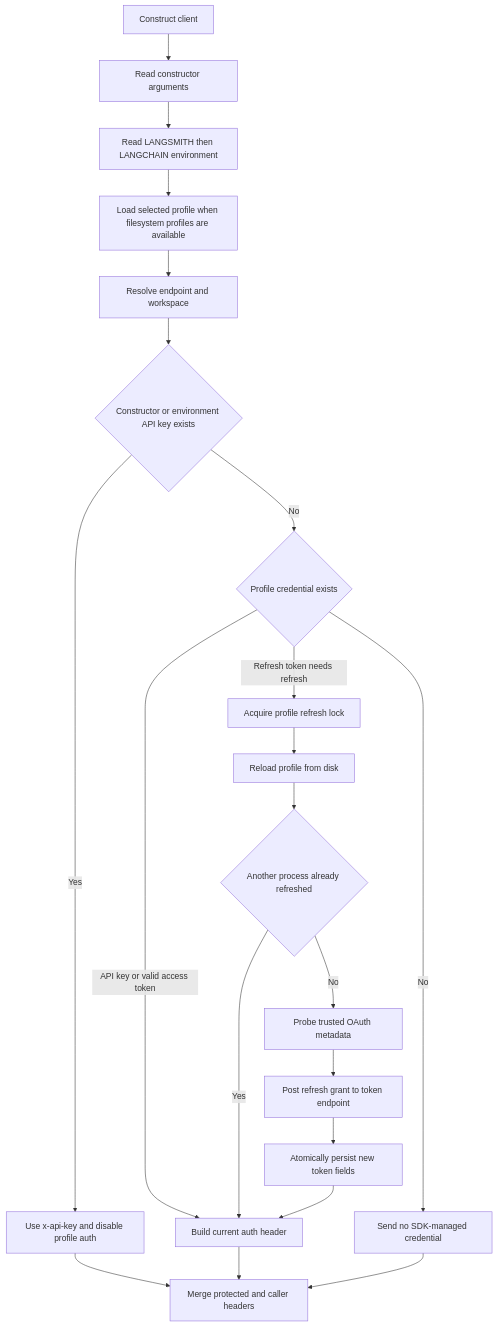
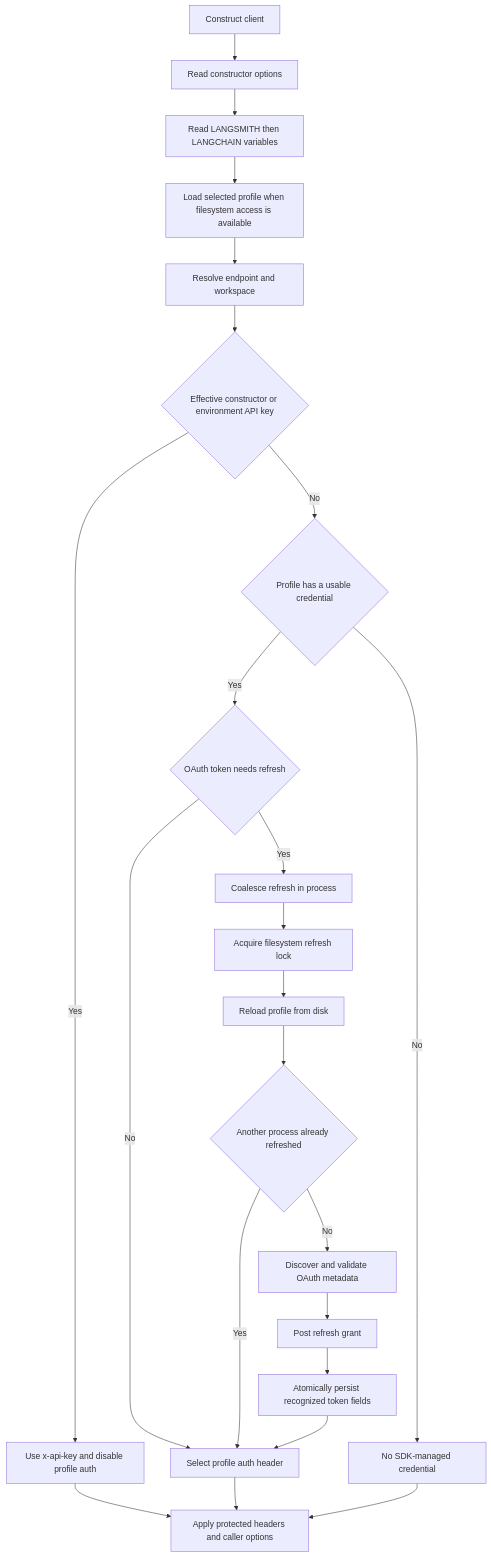
One commit to langchain-ai/langsmith-sdk changed the diagram in openwiki/concepts/client-configuration-and-auth.md. Above: the diagram before and after it, drawn with Mermaid. The commit also changed other lines of this file and 34 other files, not shown here.

````diff
--- a/openwiki/concepts/client-configuration-and-auth.md
+++ b/openwiki/concepts/client-configuration-and-auth.md
@@ -74,23 +76,25 @@
 ```mermaid
 flowchart TD
-    Start["Construct client"] --> Args["Read constructor arguments"]
-    Args --> Env["Read LANGSMITH then LANGCHAIN environment"]
-    Env --> Profile["Load selected profile when filesystem profiles are available"]
-    Profile --> Endpoint["Resolve endpoint and workspace"]
-    Endpoint --> Key{"Constructor or environment API key exists"}
+    Start["Construct client"] --> Args["Read constructor options"]
+    Args --> Env["Read LANGSMITH then LANGCHAIN variables"]
+    Env --> Profile["Load selected profile when filesystem access is available"]
+    Profile --> Resolve["Resolve endpoint and workspace"]
+    Resolve --> Key{"Effective constructor or environment API key"}
     Key -->|Yes| ApiKey["Use x-api-key and disable profile auth"]
-    Key -->|No| ProfileCred{"Profile credential exists"}
-    ProfileCred -->|API key or valid access token| Header["Build current auth header"]
-    ProfileCred -->|Refresh token needs refresh| Lock["Acquire profile refresh lock"]
+    Key -->|No| Cred{"Profile has a usable credential"}
+    Cred -->|No| Anonymous["No SDK-managed credential"]
+    Cred -->|Yes| Refresh{"OAuth token needs refresh"}
+    Refresh -->|No| Header["Select profile auth header"]
+    Refresh -->|Yes| Local["Coalesce refresh in process"]
+    Local --> Lock["Acquire filesystem refresh lock"]
     Lock --> Reload["Reload profile from disk"]
     Reload --> Fresh{"Another process already refreshed"}
     Fresh -->|Yes| Header
-    Fresh -->|No| Discover["Probe trusted OAuth metadata"]
-    Discover --> Token["Post refresh grant to token endpoint"]
-    Token --> Save["Atomically persist new token fields"]
+    Fresh -->|No| Discover["Discover and validate OAuth metadata"]
+    Discover --> Token["Post refresh grant"]
+    Token --> Save["Atomically persist recognized token fields"]
     Save --> Header
-    ProfileCred -->|No| Anonymous["Send no SDK-managed credential"]
-    ApiKey --> Request["Merge protected and caller headers"]
+    ApiKey --> Request["Apply protected headers and caller options"]
     Header --> Request
     Anonymous --> Request
 ```
````
